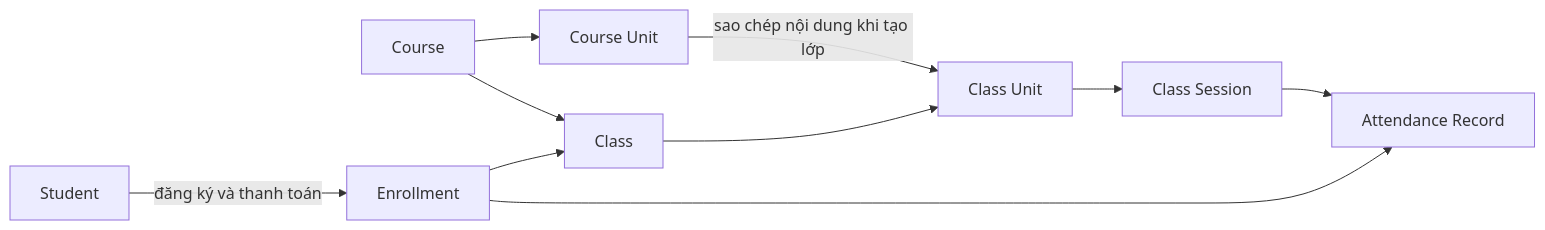
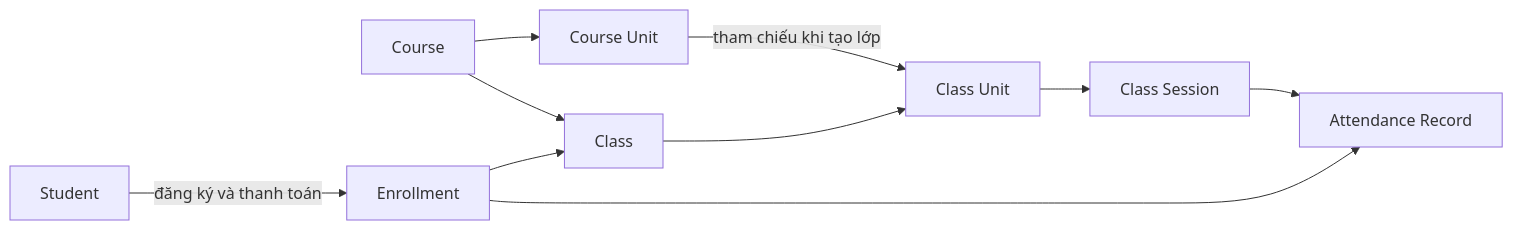
One commit to nhathuyck1/Mindy-BE changed the first of 3 diagrams in document/COURSE_FLOW.md. Above: the diagram before and after it, drawn with Mermaid. The commit also changed other lines of this file and 105 other files, not shown here.

````diff
--- a/document/COURSE_FLOW.md
+++ b/document/COURSE_FLOW.md
@@ -30,12 +30,12 @@
 ```mermaid
 flowchart LR
     C[Course] --> CU[Course Unit]
     C --> CL[Class]
-    CU -->|sao chép nội dung khi tạo lớp| CLU[Class Unit]
+    CU -->|tham chiếu khi tạo lớp| CLU[Class Unit]
     CL --> CLU
     CLU --> S[Class Session]
     ST[Student] -->|đăng ký và thanh toán| E[Enrollment]
     E --> CL
     E --> AR[Attendance Record]
     S --> AR
 ```
````
